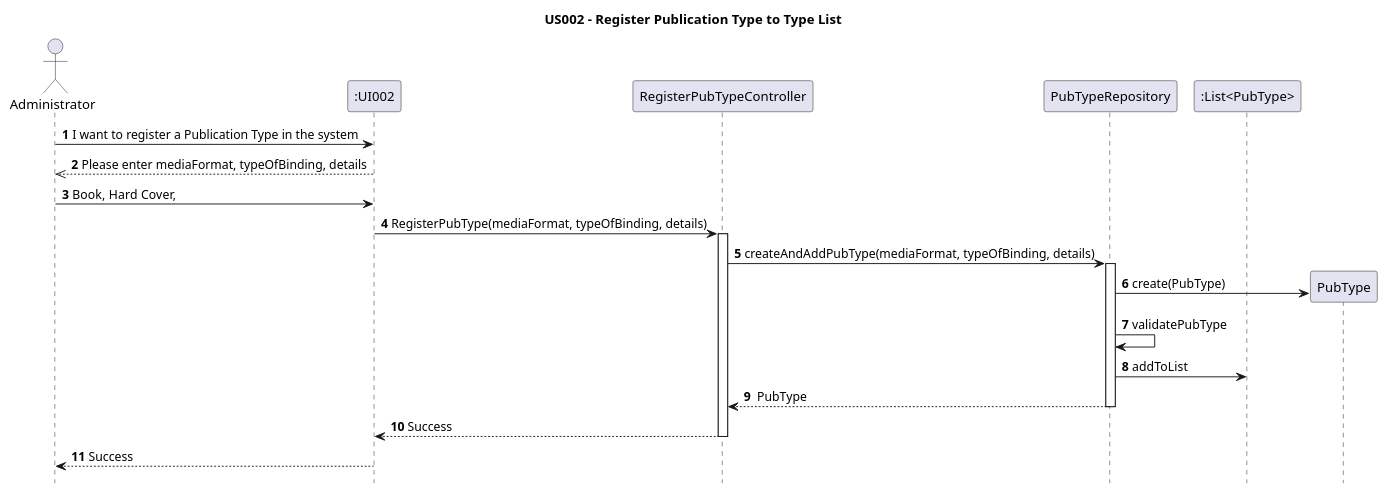
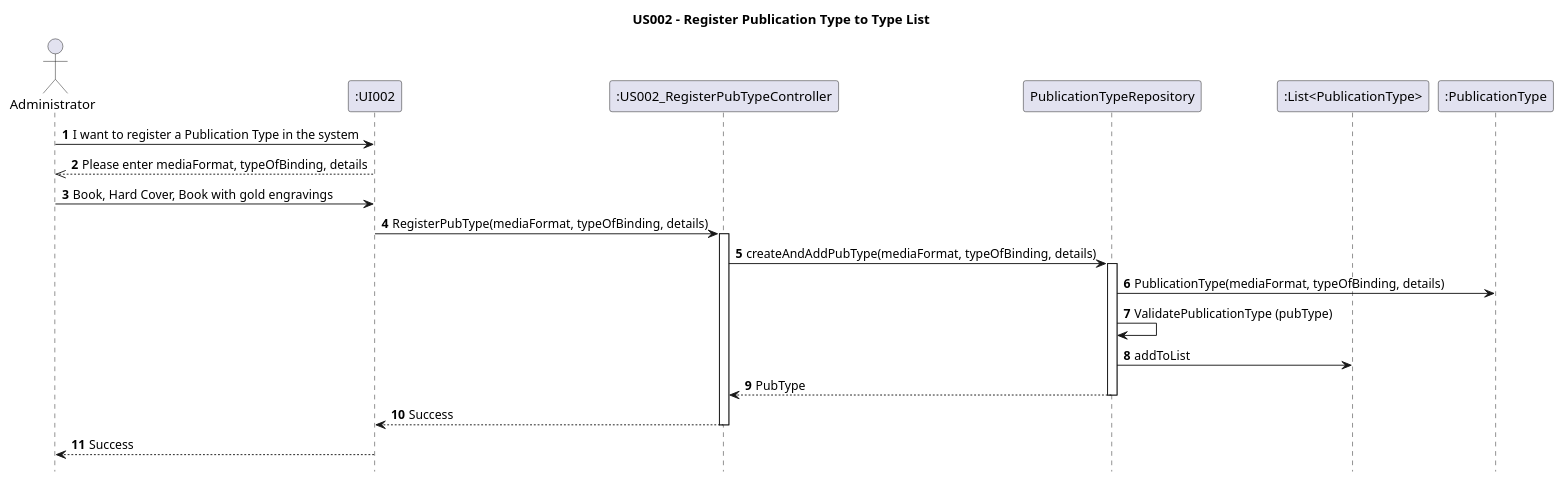
The diagram in Diagrams/SequenceDiagrams/N2/US002 To Add a publication type to type list.puml (AndrePereiraGitH/SWitCH-Project-Team_A), drawn with PlantUML before and after one commit. The commit also changed 8 other files, not shown here.

```diff
--- a/Diagrams/SequenceDiagrams/N2/US002 To Add a publication type to type list.puml
+++ b/Diagrams/SequenceDiagrams/N2/US002 To Add a publication type to type list.puml
@@ -1,43 +1,46 @@
 @startuml
 hide footbox
 title US002 - Register Publication Type to Type List
 
+autonumber
+
 actor Administrator
 participant ":UI002" as UI
+participant ":US002_RegisterPubTypeController" as US002_RegisterPubTypeController
 
 
 ' Human contact between Administrator and UI
-Administrator -> UI : **1** I want to register a Publication Type in the system
-UI -->> Administrator : **2** Please enter mediaFormat, typeOfBinding, details
-Administrator -> UI : **3** Book, Hard Cover,
+Administrator -> UI : I want to register a Publication Type in the system
+UI -->> Administrator : Please enter mediaFormat, typeOfBinding, details
+Administrator -> UI : Book, Hard Cover, Book with gold engravings
 
 ' First contact between UI and the System
-UI -> RegisterPubTypeController : **4** RegisterPubType(mediaFormat, typeOfBinding, details)
-activate RegisterPubTypeController
+UI -> US002_RegisterPubTypeController : RegisterPubType(mediaFormat, typeOfBinding, details)
+activate US002_RegisterPubTypeController
 
-RegisterPubTypeController -> PubTypeRepository : **5** createAndAddPubType(mediaFormat, typeOfBinding, details)
-activate PubTypeRepository
+US002_RegisterPubTypeController -> PublicationTypeRepository : createAndAddPubType(mediaFormat, typeOfBinding, details)
+activate PublicationTypeRepository
 
-participant ":List<PubType>" as LT
+participant ":List<PublicationType>" as LT
 
 ' Creation of p1 instance from User class
-create "PubType" as PubType
+participant ":PublicationType" as PublicationType
 
 ' Creation, validation and addition
-PubTypeRepository -> PubType : **6** create(PubType)
-PubTypeRepository -> PubTypeRepository : **7** validatePubType
-PubTypeRepository -> LT: **8** addToList
+PublicationTypeRepository -> PublicationType : PublicationType(mediaFormat, typeOfBinding, details)
+PublicationTypeRepository -> PublicationTypeRepository : ValidatePublicationType (pubType)
+PublicationTypeRepository -> LT: addToList
 
 
 ' Return from PubTypeRepository to RegisterPubTypeController
-PubTypeRepository --> RegisterPubTypeController : **9**  PubType
-deactivate PubTypeRepository
+PublicationTypeRepository --> US002_RegisterPubTypeController :  PubType
+deactivate PublicationTypeRepository
 
 ' Return from RegisterUserController to UI
-RegisterPubTypeController --> UI : **10** Success
-deactivate RegisterPubTypeController
+US002_RegisterPubTypeController --> UI : Success
+deactivate US002_RegisterPubTypeController
 
 ' Return from UI to Administrator
-UI --> Administrator : **11** Success
+UI --> Administrator : Success
 
 @enduml
```
